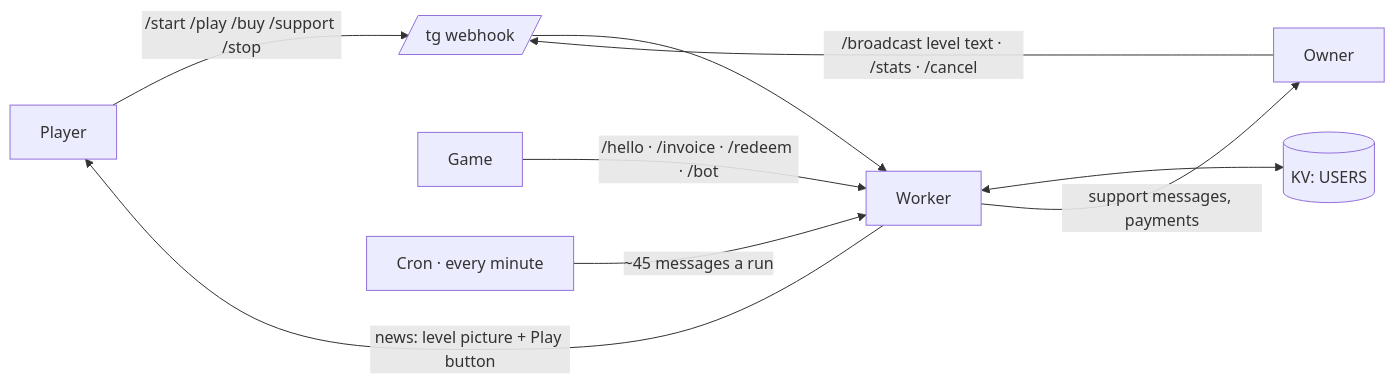
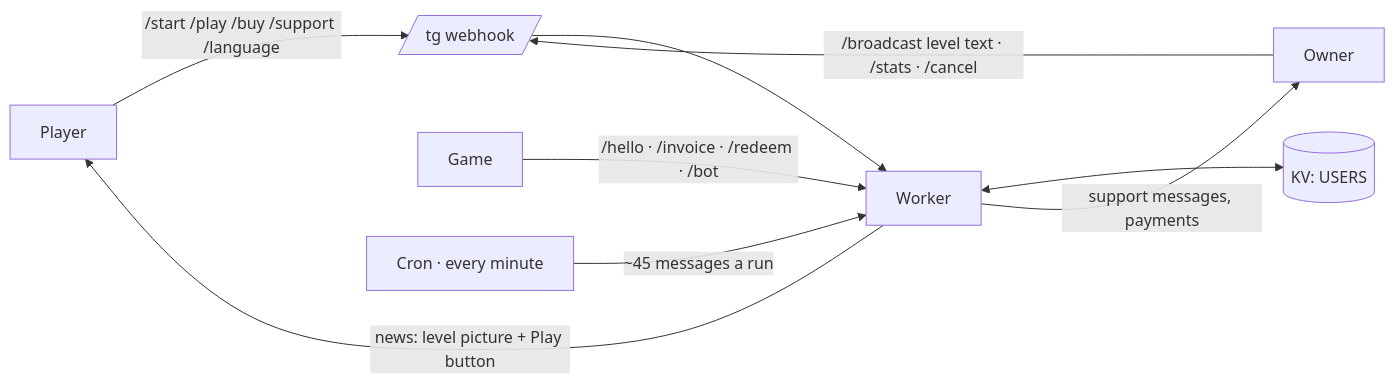
Before and after one commit to alexandercbgm/limbus: the sixth of 6 diagrams in README.md, drawn with Mermaid. The commit also changed other lines of this file and 14 other files, not shown here.

First line of the commit message:
Bot: greeting on /start and /play with a random level's clip, in 16:9 like the old pictures; Russian or English by the profile, /language to choose; commands play, buy, support, language; no /stop in the texts

````diff
--- a/README.md
+++ b/README.md
@@ -232,11 +232,11 @@
 ```mermaid
 graph LR
-    U[Player] -- "/start /play /buy /support /stop" --> TGW[/tg webhook/]
+    U[Player] -- "/start /play /buy /support /language" --> TGW[/tg webhook/]
     O[Owner] -- "/broadcast level text · /stats · /cancel" --> TGW
     TGW --> W[Worker]
     G[Game] -- "/hello · /invoice · /redeem · /bot" --> W
     CRON[Cron · every minute] -- "~45 messages a run" --> W
     W <--> KV[(KV: USERS)]
     W -- "support messages, payments" --> O
     W -- "news: level picture + Play button" --> U
 ```
````
